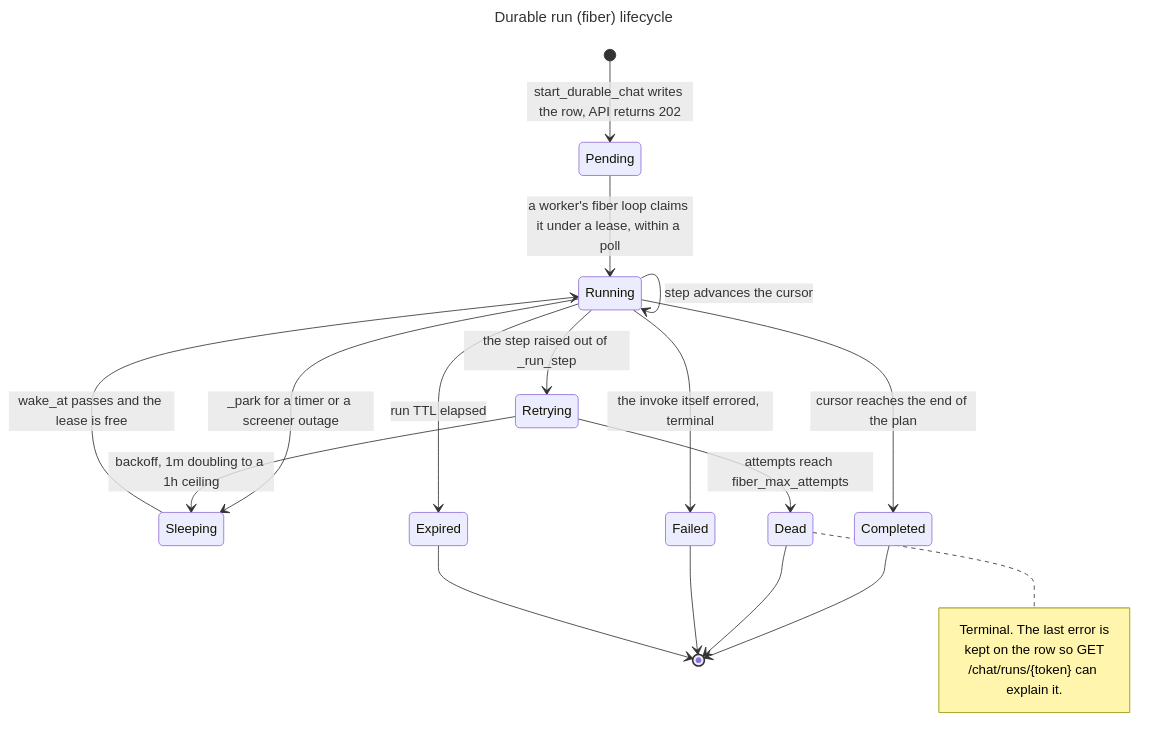
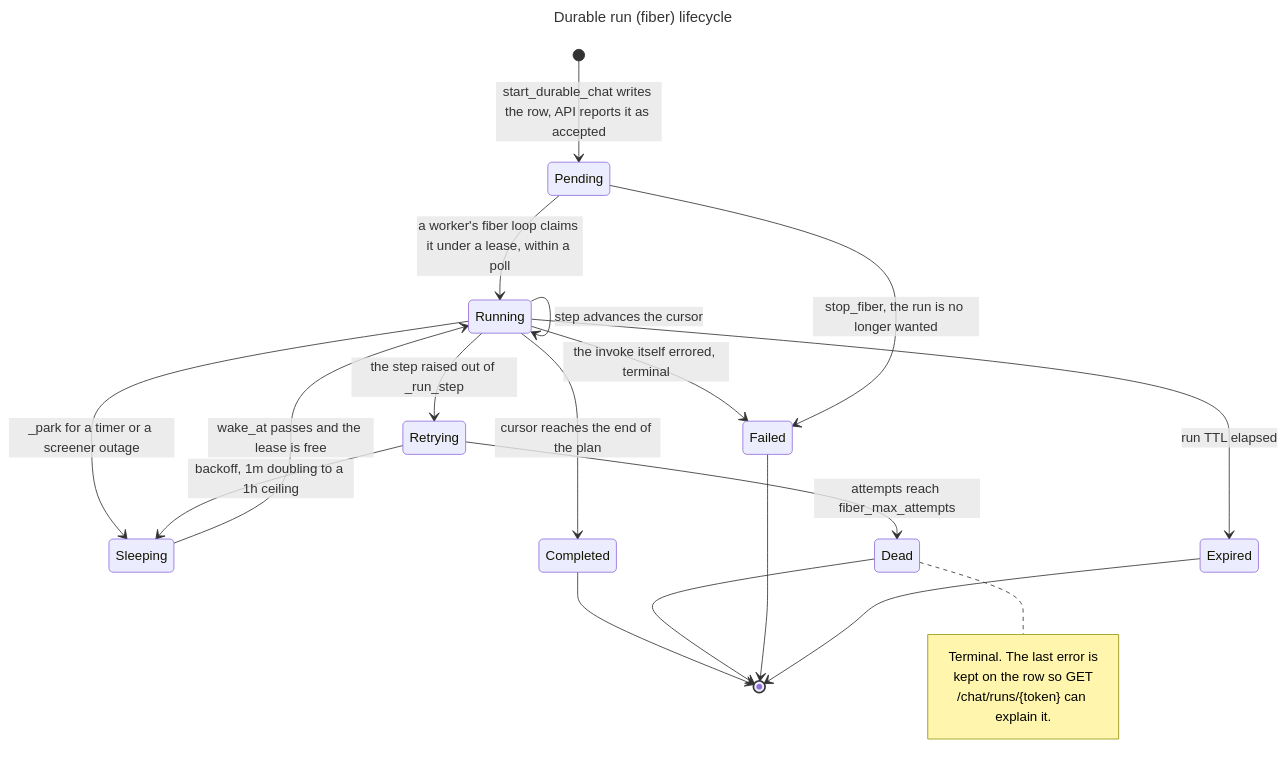
The diagram in docs/diagrams/durable-run.mmd (felix-run/felix), drawn with Mermaid before and after one commit. The commit also changed 3 other files, not shown here.

First line of the commit message:
Correct three diagrams against the code

```diff
--- a/docs/diagrams/durable-run.mmd
+++ b/docs/diagrams/durable-run.mmd
@@ -1,34 +1,35 @@
 ---
 title: Durable run (fiber) lifecycle
 ---
 %% Source of truth: packages/harness/src/felix/durability/fibers.py —
-%% FIBER_TERMINAL_STATUSES, _park, _retry_or_dead, _claim_due.
+%% FIBER_TERMINAL_STATUSES, _park, _retry_or_dead, _claim_due, stop_fiber; durability/runs.py.
 stateDiagram-v2
     accTitle: States a durable fiber moves through, including the retry ladder
-    accDescr: A manifest with spec.execution.mode durable answers POST /chat with 202 and a resume token instead of running the turn inline. The fiber row starts pending; each worker's fiber loop polls every second and claims due rows under a lease, with the one-minute fiber_scheduler sweep as a backstop, oldest first, so two replicas cannot run the same step and no tenant starves; each step either advances the cursor or parks the fiber for a backoff. The backoff doubles from one minute to a ceiling of one hour, and after FELIX_FIBER_MAX_ATTEMPTS consecutive failures the fiber is buried as dead rather than retried forever. A step that reached a terminal status and then failed only at its save keeps that status, because coercing it back to sleeping would re-enter the step loop with the cursor past the end and report a failed invoke as completed.
+    accDescr: A manifest with spec.execution.mode durable answers POST /chat with 202 and a resume token instead of running the turn inline. The fiber row starts pending; each worker's fiber loop polls every second and claims due rows under a lease, with the one-minute fiber_scheduler sweep as a backstop, oldest first, so two replicas cannot run the same step and no tenant starves; each step either advances the cursor or parks the fiber for a backoff. The backoff doubles from one minute to a ceiling of one hour, and after FELIX_FIBER_MAX_ATTEMPTS consecutive failures the fiber is buried as dead rather than retried forever. The row reads pending while the 202 and the run_accepted frame report the run as accepted. stop_fiber ends a fiber nothing wants any more as failed; one a worker already holds keeps its invoke, but the worker's save loses the compare-and-set and the stopped status stands. A cancelled stream is the client's own report, not a fiber status. A step that reached a terminal status and then failed only at its save keeps that status, because coercing it back to sleeping would re-enter the step loop with the cursor past the end and report a failed invoke as completed.
 
-    [*] --> Pending : start_durable_chat writes the row, API returns 202
+    [*] --> Pending : start_durable_chat writes the row, API reports it as accepted
     Pending --> Running : a worker's fiber loop claims it under a lease, within a poll
 
     Running --> Running : step advances the cursor
     Running --> Sleeping : _park for a timer or a screener outage
     Sleeping --> Running : wake_at passes and the lease is free
 
     Running --> Completed : cursor reaches the end of the plan
     Running --> Failed : the invoke itself errored, terminal
     Running --> Retrying : the step raised out of _run_step
     Retrying --> Sleeping : backoff, 1m doubling to a 1h ceiling
     Retrying --> Dead : attempts reach fiber_max_attempts
 
     Running --> Expired : run TTL elapsed
+    Pending --> Failed : stop_fiber, the run is no longer wanted
 
     Completed --> [*]
     Dead --> [*]
     Failed --> [*]
     Expired --> [*]
 
     note right of Dead
         Terminal. The last error is
         kept on the row so GET
         /chat/runs/{token} can explain it.
     end note
```
